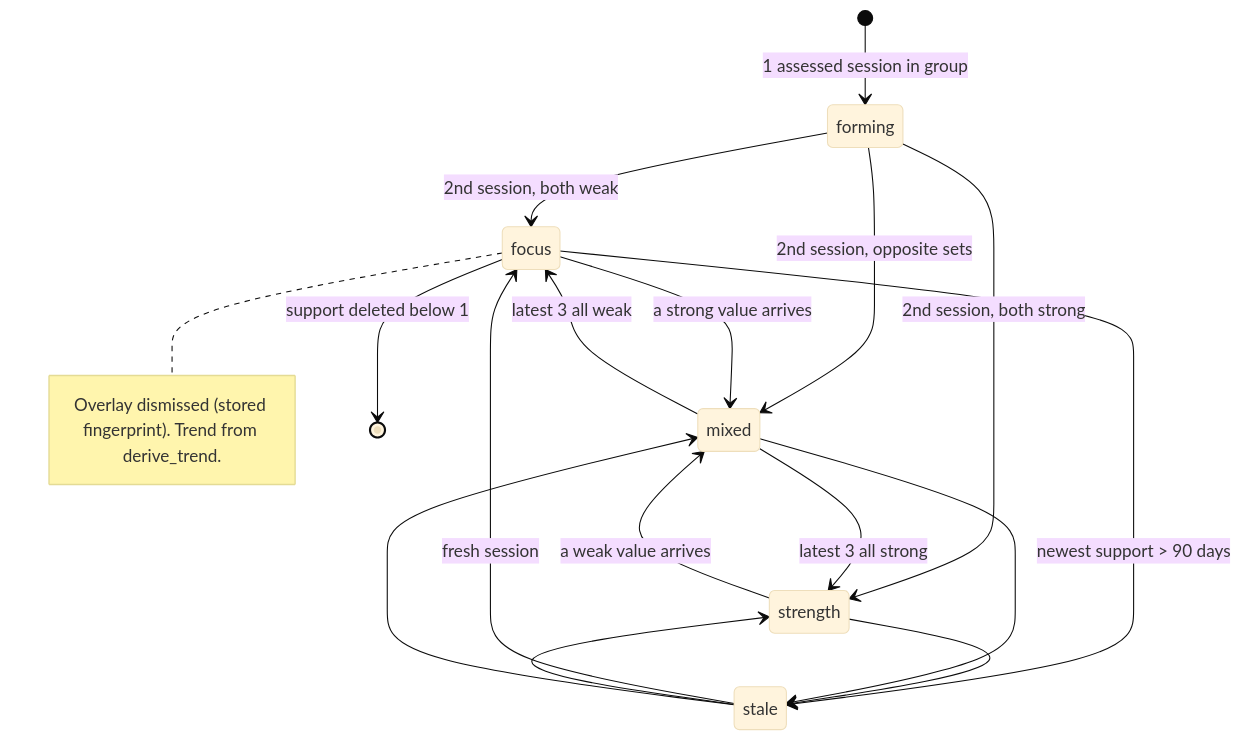
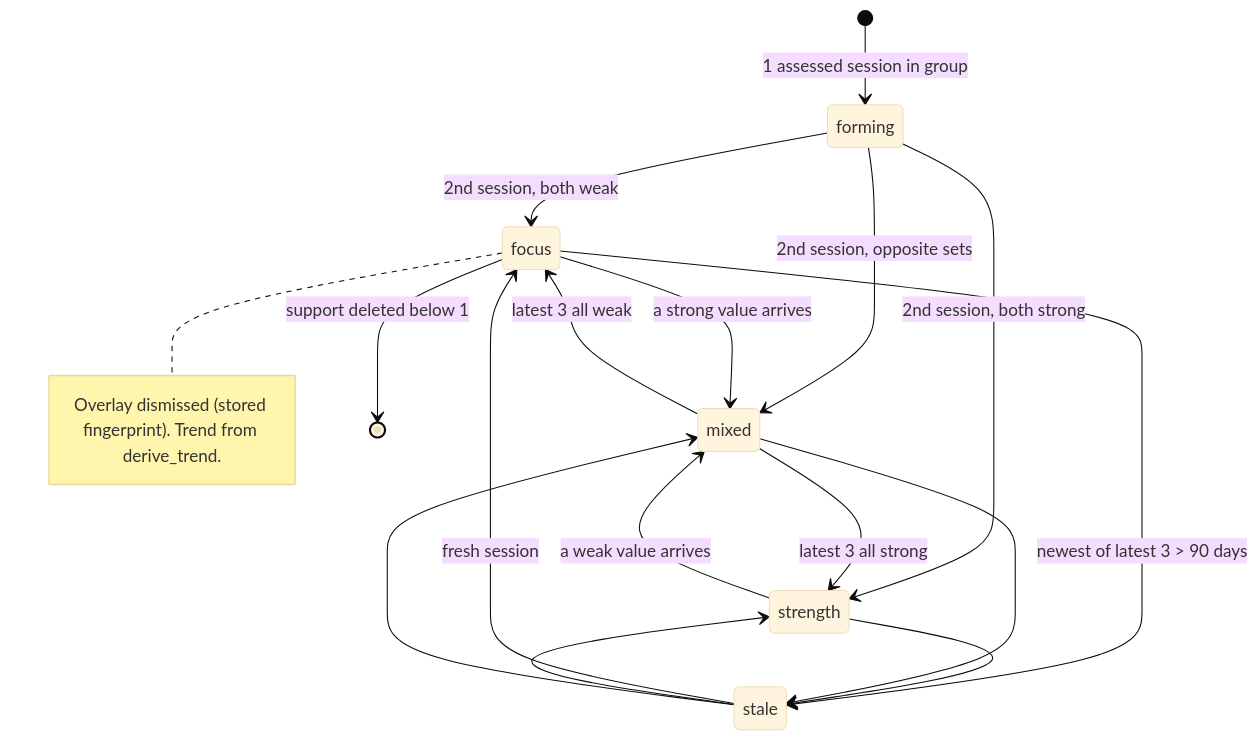
Before and after one commit to arvindsoni2/hatch: the fourth of 10 diagrams in docs/implementation-specs/active/2026-10-22-coach-phase2-readiness-loop.md, drawn with Mermaid (base theme). The commit also changed other lines of this file and 20 other files, not shown here.

````diff
--- a/docs/implementation-specs/active/2026-10-22-coach-phase2-readiness-loop.md
+++ b/docs/implementation-specs/active/2026-10-22-coach-phase2-readiness-loop.md
@@ -472,19 +579,19 @@
 ```mermaid
 stateDiagram-v2
   [*] --> forming: 1 assessed session in group
   forming --> focus: 2nd session, both weak
   forming --> strength: 2nd session, both strong
   forming --> mixed: 2nd session, opposite sets
   focus --> mixed: a strong value arrives
   mixed --> strength: latest 3 all strong
   mixed --> focus: latest 3 all weak
   strength --> mixed: a weak value arrives
-  focus --> stale: newest support > 90 days
+  focus --> stale: newest of latest 3 > 90 days
   strength --> stale
   mixed --> stale
   stale --> focus: fresh session
   stale --> strength
   stale --> mixed
   focus --> [*]: support deleted below 1
   note right of focus: Overlay dismissed (stored fingerprint). Trend from derive_trend.
 ```
````
